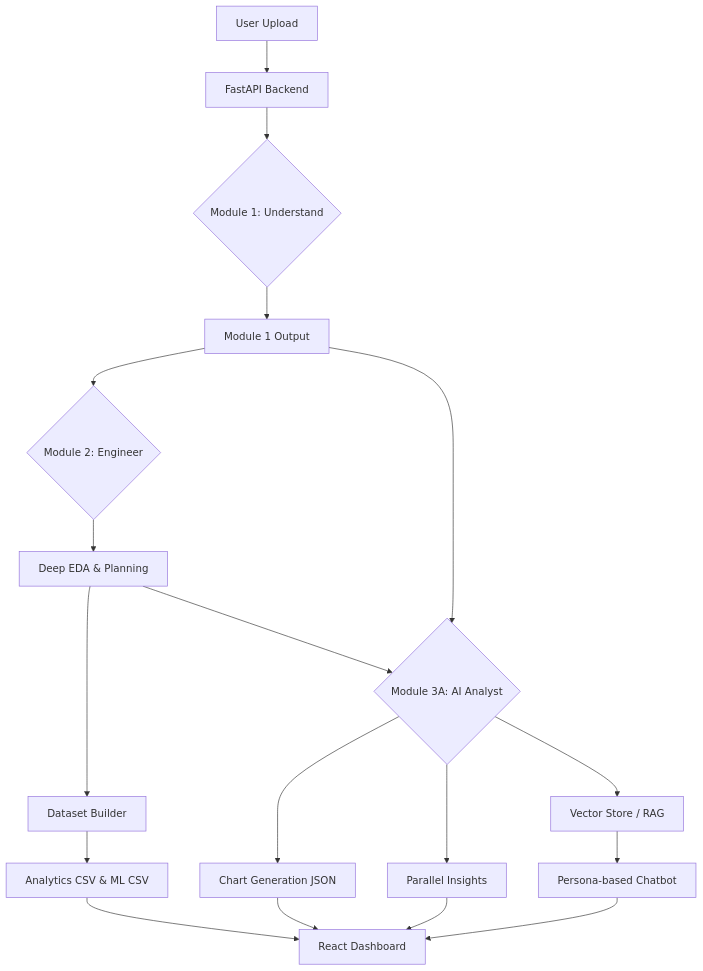
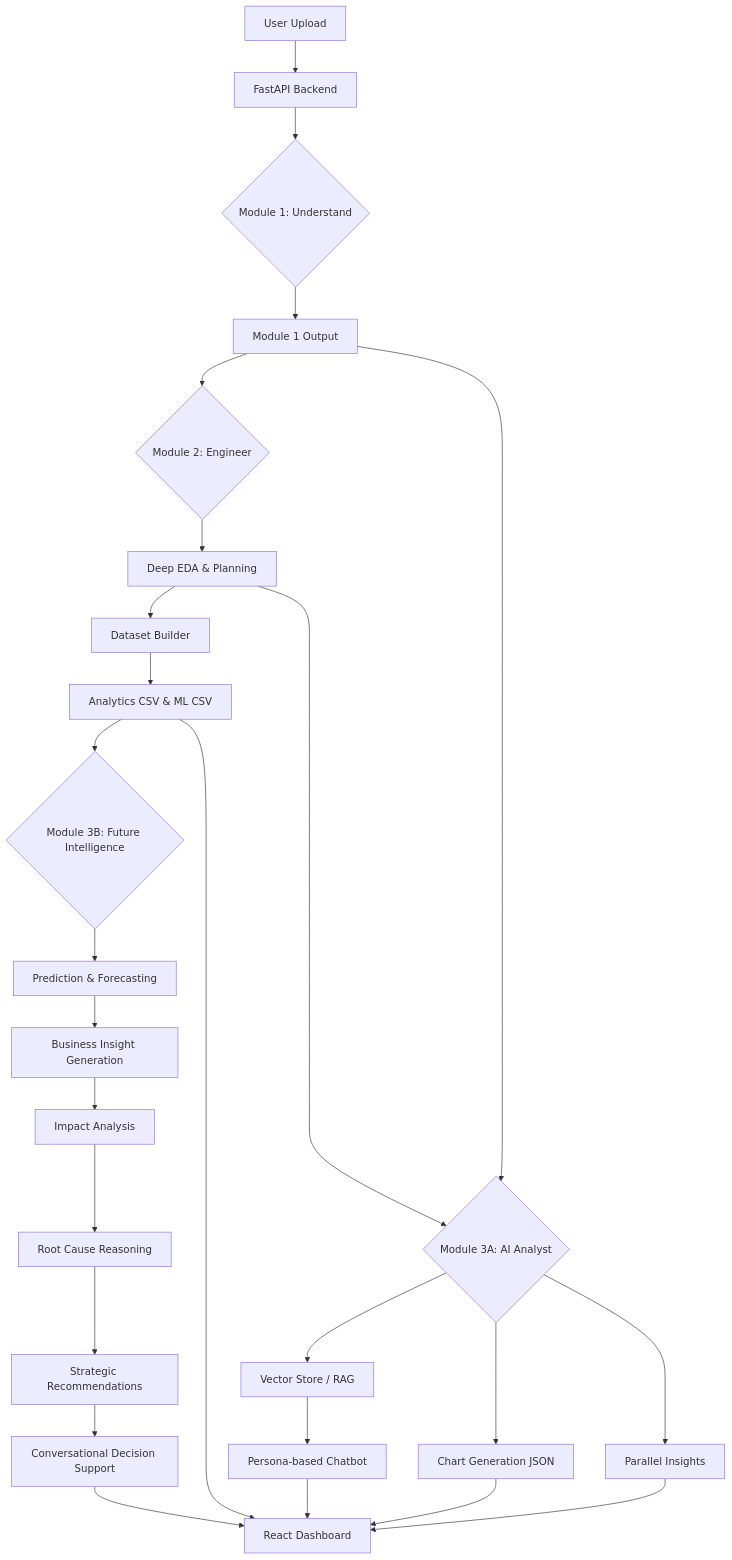
One commit to sinan-ev/ai-career-companion changed the diagram in ARCHITECTURE.md. Above: the diagram before and after it, drawn with Mermaid. The commit also changed other lines of this file and 16 other files, not shown here.

````diff
--- a/ARCHITECTURE.md
+++ b/ARCHITECTURE.md
@@ -34,24 +46,33 @@
 ```mermaid
 graph TD
     A[User Upload] --> B[FastAPI Backend]
     B --> C{Module 1: Understand}
     C --> D[Module 1 Output]
     
     D --> E{Module 2: Engineer}
     E --> E1[Deep EDA & Planning]
     E1 --> E4[Dataset Builder]
     E4 --> F[Analytics CSV & ML CSV]
     
     E1 --> M3{Module 3A: AI Analyst}
     D --> M3
     M3 --> V[Vector Store / RAG]
     M3 --> CE[Chart Generation JSON]
     M3 --> IE[Parallel Insights]
     
     V --> CB[Persona-based Chatbot]
     
+    F --> M3B{Module 3B: Future Intelligence}
+    M3B --> M3B_1[Prediction & Forecasting]
+    M3B_1 --> M3B_2[Business Insight Generation]
+    M3B_2 --> M3B_3[Impact Analysis]
+    M3B_3 --> M3B_4[Root Cause Reasoning]
+    M3B_4 --> M3B_5[Strategic Recommendations]
+    M3B_5 --> M3B_6[Conversational Decision Support]
+    
     F --> I[React Dashboard]
     CE --> I
     IE --> I
     CB --> I
+    M3B_6 --> I
 ```
````
